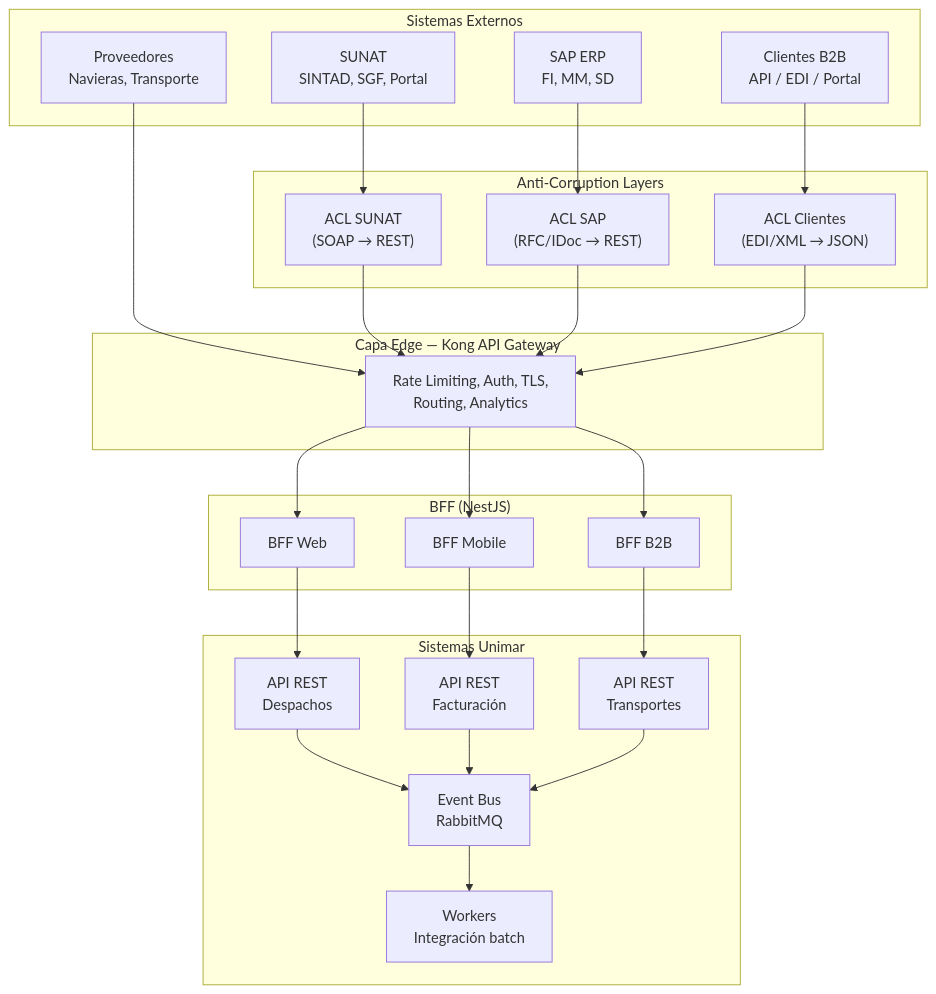
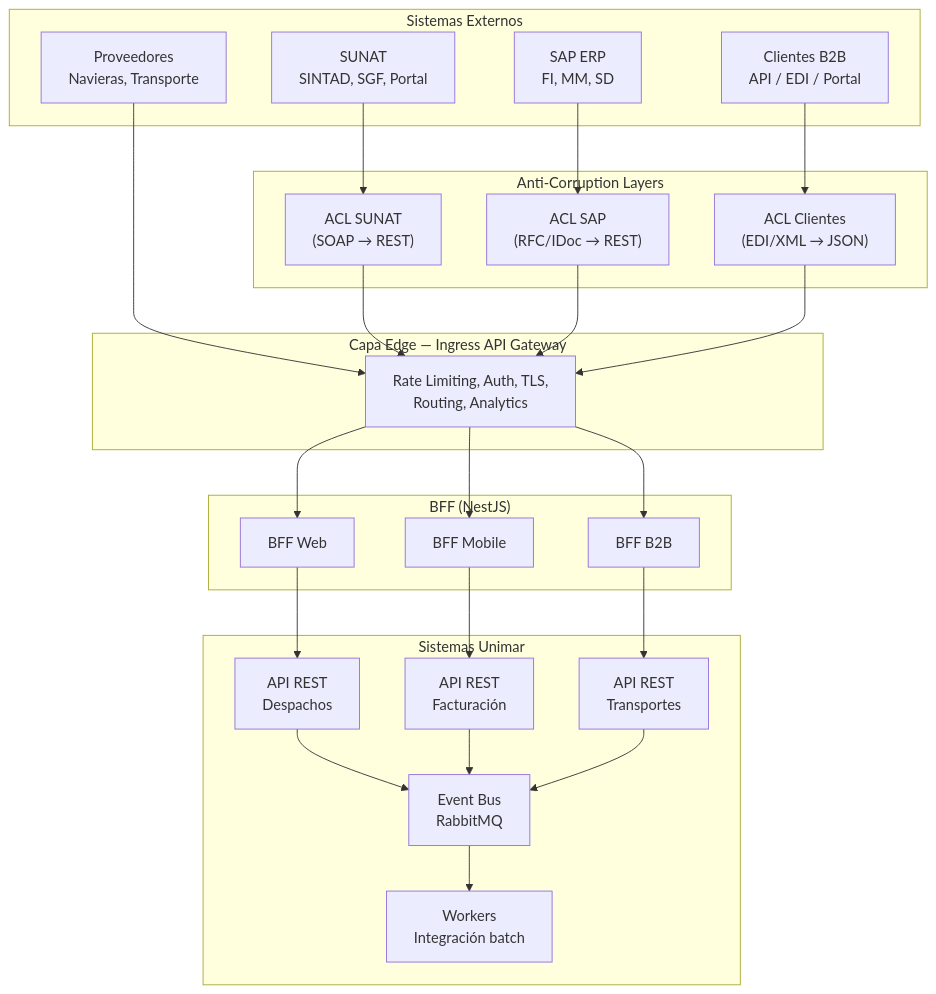
The diagram in estandar/reference/governance/standards/engineering/estrategia-integraciones.es.md (unimar-peru/unimar-arch-vendors), drawn with Mermaid before and after one commit. The commit also changed other lines of this file and 27 other files, not shown here.

Commit message:
docs: replace Kong with Ingress across architecture docs and ADRs

````diff
--- a/estandar/reference/governance/standards/engineering/estrategia-integraciones.es.md
+++ b/estandar/reference/governance/standards/engineering/estrategia-integraciones.es.md
@@ -10,46 +10,46 @@
 ```mermaid
 flowchart TD
     subgraph EXTERNOS["Sistemas Externos"]
         SUNAT["SUNAT<br/>SINTAD, SGF, Portal"]
         SAP["SAP ERP<br/>FI, MM, SD"]
         CLIENTES["Clientes B2B<br/>API / EDI / Portal"]
         PROV["Proveedores<br/>Navieras, Transporte"]
     end
-    subgraph EDGE["Capa Edge — Kong API Gateway"]
-        KONG["Rate Limiting, Auth, TLS,<br/>Routing, Analytics"]
+    subgraph EDGE["Capa Edge — Ingress API Gateway"]
+        INGRESS["Rate Limiting, Auth, TLS,<br/>Routing, Analytics"]
     end
     subgraph BFF["BFF (NestJS)"]
         BFF1["BFF Web"]
         BFF2["BFF Mobile"]
         BFF3["BFF B2B"]
     end
     subgraph CORE["Sistemas Unimar"]
         SVC1["API REST<br/>Despachos"]
         SVC2["API REST<br/>Facturación"]
         SVC3["API REST<br/>Transportes"]
         EVT["Event Bus<br/>RabbitMQ"]
         WRK["Workers<br/>Integración batch"]
     end
     subgraph ACL["Anti-Corruption Layers"]
         ACL1["ACL SUNAT<br/>(SOAP → REST)"]
         ACL2["ACL SAP<br/>(RFC/IDoc → REST)"]
         ACL3["ACL Clientes<br/>(EDI/XML → JSON)"]
     end
     SUNAT --> ACL1
     SAP --> ACL2
     CLIENTES --> ACL3
-    PROV --> KONG
-    ACL1 --> KONG
-    ACL2 --> KONG
-    ACL3 --> KONG
-    KONG --> BFF1
-    KONG --> BFF2
-    KONG --> BFF3
+    PROV --> INGRESS
+    ACL1 --> INGRESS
+    ACL2 --> INGRESS
+    ACL3 --> INGRESS
+    INGRESS --> BFF1
+    INGRESS --> BFF2
+    INGRESS --> BFF3
     BFF1 --> SVC1
     BFF2 --> SVC2
     BFF3 --> SVC3
     SVC1 --> EVT
     SVC2 --> EVT
     SVC3 --> EVT
     EVT --> WRK
 ```
````
